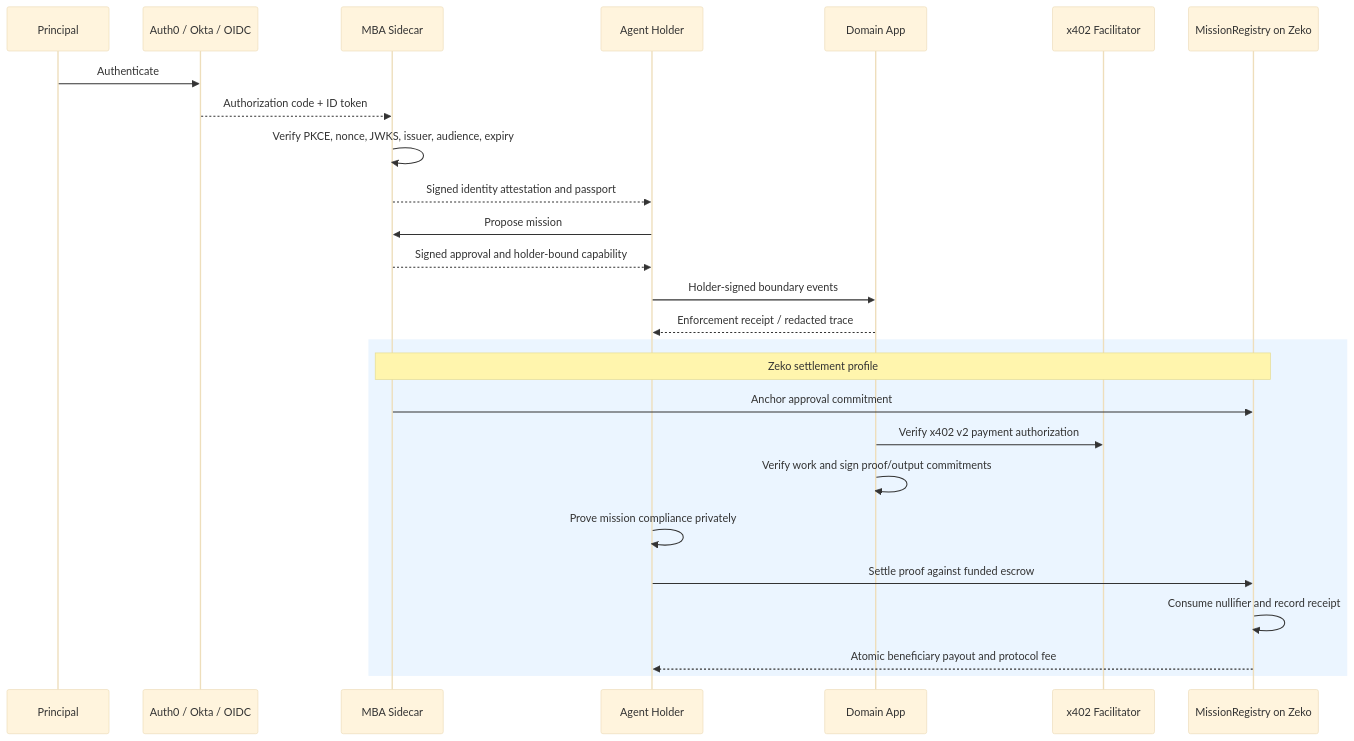
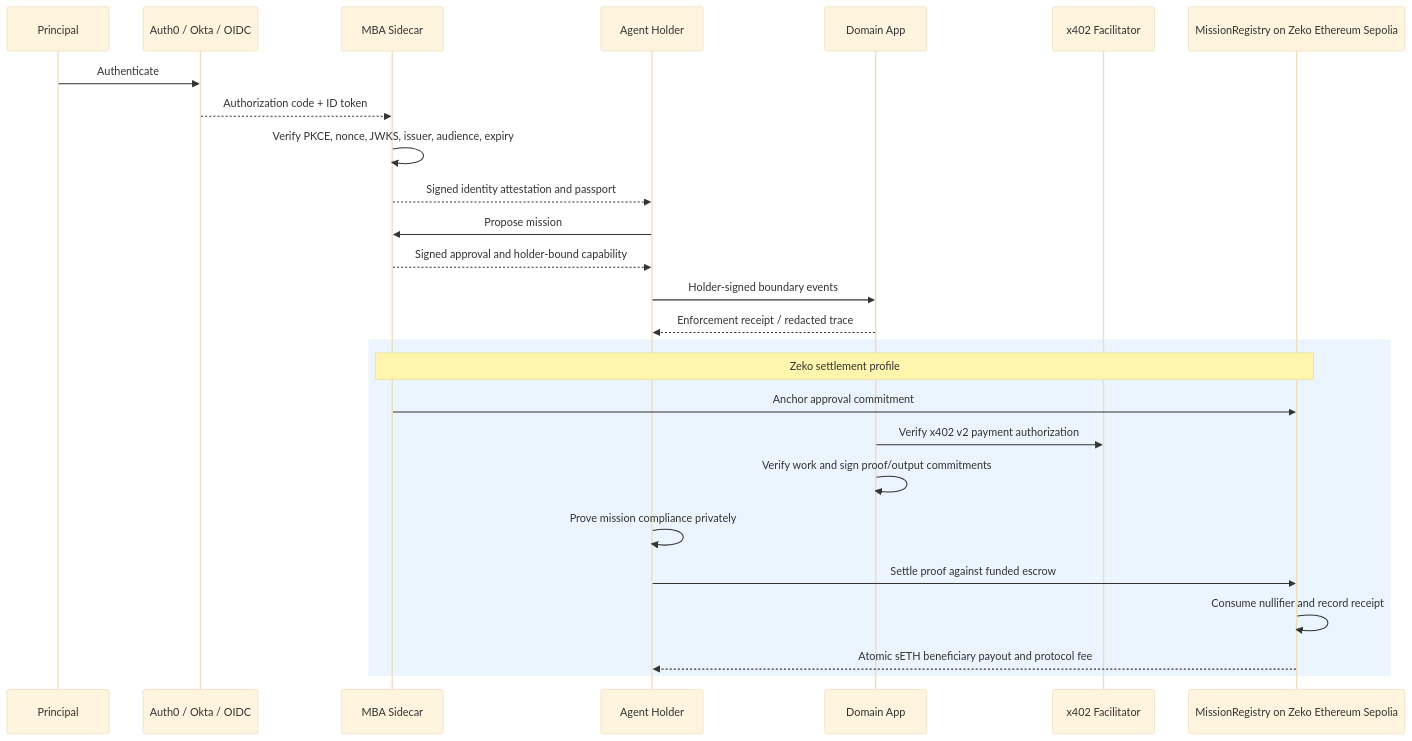
Before and after one commit to zeko-labs/agent-mission-bound-auth: the first of 3 diagrams in docs/architecture.md, drawn with Mermaid (base theme). The commit also changed 41 other files, not shown here.

Commit message:
Migrate MBA zkApp runtime to Zeko Sepolia

````diff
--- a/docs/architecture.md
+++ b/docs/architecture.md
@@ -6,29 +6,29 @@
 ```mermaid
 sequenceDiagram
   participant Principal
   participant IdP as Auth0 / Okta / OIDC
   participant MBA as MBA Sidecar
   participant Holder as Agent Holder
   participant App as Domain App
   participant X402 as x402 Facilitator
-  participant Zeko as MissionRegistry on Zeko
+  participant Zeko as MissionRegistry on Zeko Ethereum Sepolia
 
   Principal->>IdP: Authenticate
   IdP-->>MBA: Authorization code + ID token
   MBA->>MBA: Verify PKCE, nonce, JWKS, issuer, audience, expiry
   MBA-->>Holder: Signed identity attestation and passport
   Holder->>MBA: Propose mission
   MBA-->>Holder: Signed approval and holder-bound capability
   Holder->>App: Holder-signed boundary events
   App-->>Holder: Enforcement receipt / redacted trace
   rect rgb(235, 245, 255)
   Note over MBA,Zeko: Zeko settlement profile
   MBA->>Zeko: Anchor approval commitment
   App->>X402: Verify x402 v2 payment authorization
   App->>App: Verify work and sign proof/output commitments
   Holder->>Holder: Prove mission compliance privately
   Holder->>Zeko: Settle proof against funded escrow
   Zeko->>Zeko: Consume nullifier and record receipt
-  Zeko-->>Holder: Atomic beneficiary payout and protocol fee
+  Zeko-->>Holder: Atomic sETH beneficiary payout and protocol fee
   end
 ```
````
